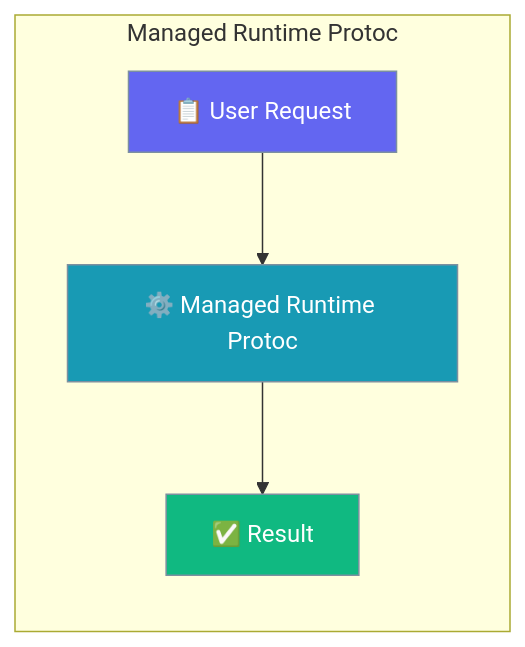
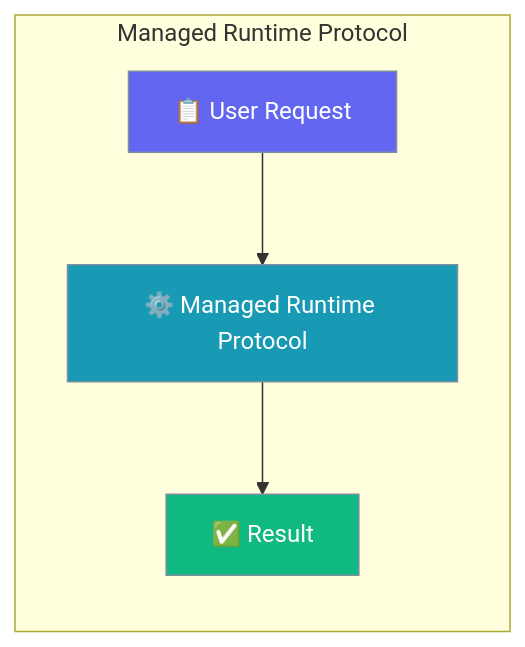
Before and after one commit to MervinPraison/PraisonAIDocs: the first of 4 diagrams in docs/features/managed-runtime-protocol.mdx, drawn with Mermaid. The commit also changed 45 other files, not shown here.

First line of the commit message:
docs: fix truncated Mermaid diagram feature names (22-char cutoff)

````diff
--- a/docs/features/managed-runtime-protocol.mdx
+++ b/docs/features/managed-runtime-protocol.mdx
@@ -10,15 +10,15 @@
 ```mermaid
 graph LR
-    subgraph "Managed Runtime Protoc"
-        Request[📋 User Request] --> Process[⚙️ Managed Runtime Protoc]
+    subgraph "Managed Runtime Protocol"
+        Request[📋 User Request] --> Process[⚙️ Managed Runtime Protocol]
         Process --> Result[✅ Result]
     end
 
     classDef input fill:#6366F1,stroke:#7C90A0,color:#fff
     classDef process fill:#189AB4,stroke:#7C90A0,color:#fff
     classDef output fill:#10B981,stroke:#7C90A0,color:#fff
 
     class Request input
     class Process process
     class Result output
 ```
````
